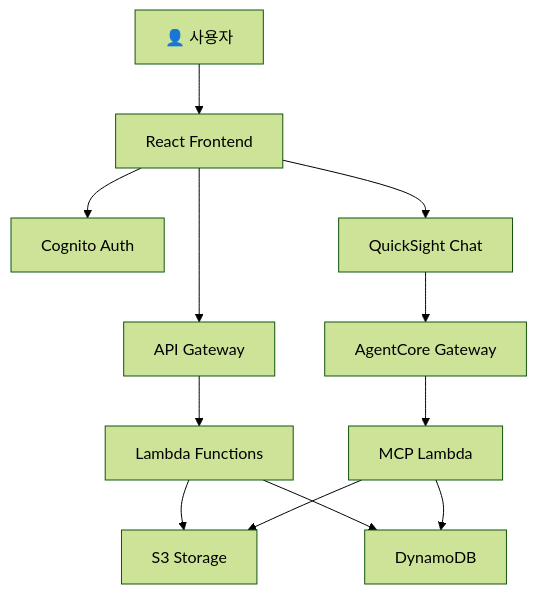
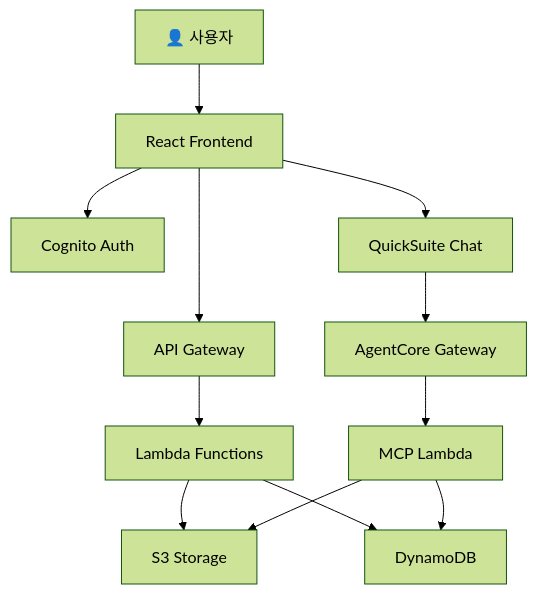
Before and after one commit to ironpe/architecture-review-using-quicksuite-chatagent-embeding: the diagram in README.md, drawn with Mermaid (forest theme). The commit also changed other lines of this file, not shown here.

````diff
--- a/README.md
+++ b/README.md
@@ -31,16 +31,16 @@
 ```mermaid
 graph TB
     User[👤 사용자] --> Frontend[React Frontend]
     Frontend --> APIGateway[API Gateway]
     Frontend --> Cognito[Cognito Auth]
-    Frontend --> QuickSight[QuickSight Chat]
+    Frontend --> QuickSuite[QuickSuite Chat]
     
     APIGateway --> Lambda[Lambda Functions]
     Lambda --> S3[S3 Storage]
     Lambda --> DynamoDB[DynamoDB]
     
-    QuickSight --> AgentCore[AgentCore Gateway]
+    QuickSuite --> AgentCore[AgentCore Gateway]
     AgentCore --> MCPLambda[MCP Lambda]
     MCPLambda --> S3
     MCPLambda --> DynamoDB
 ```
````
